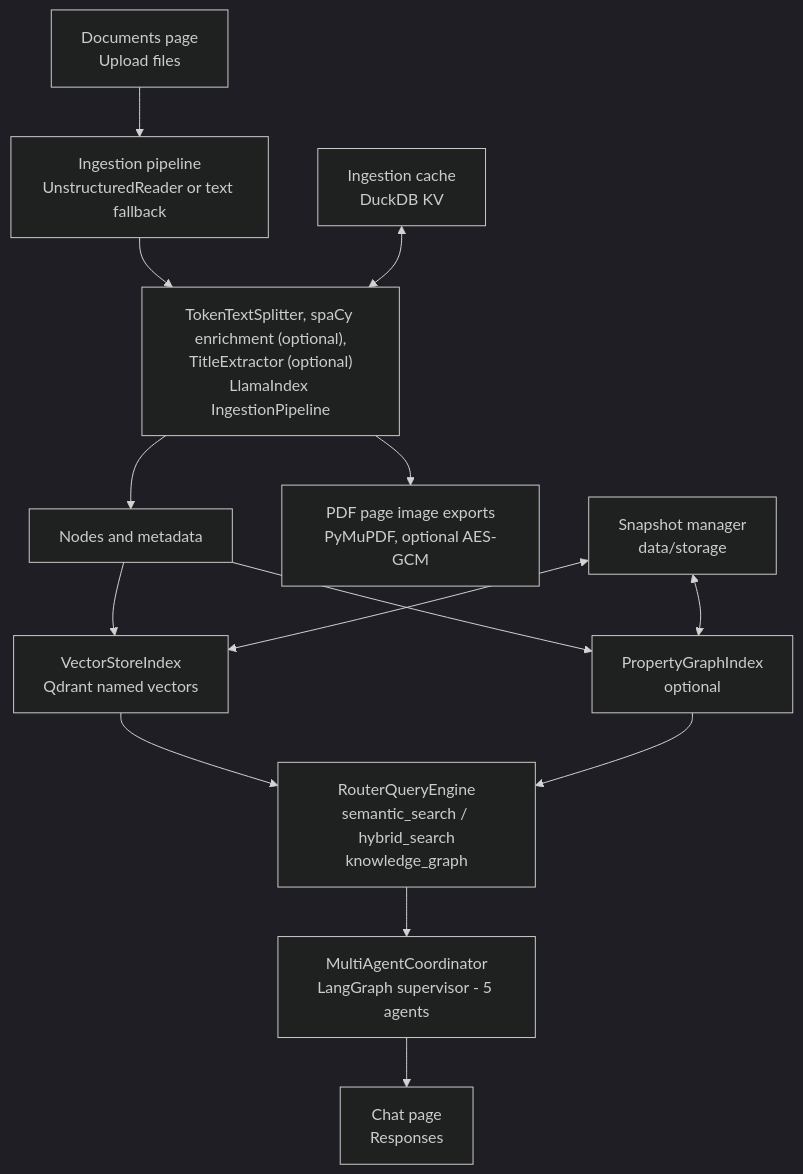
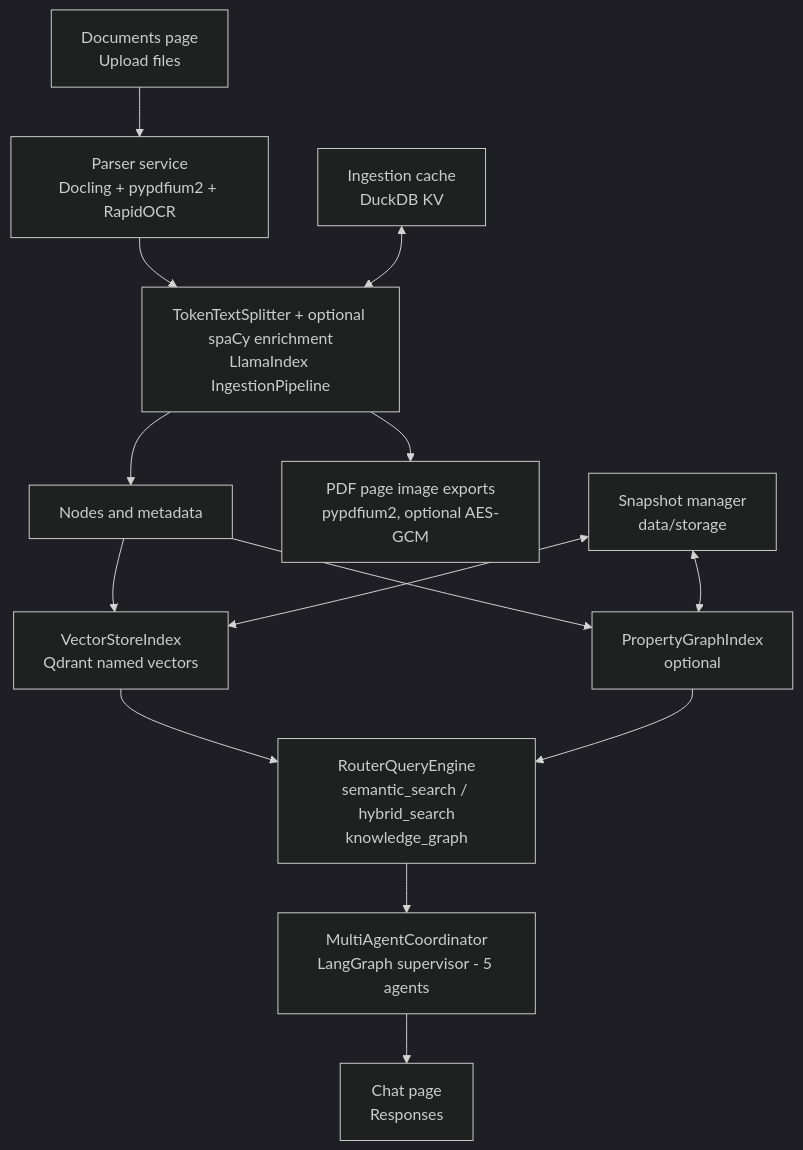
One commit to BjornMelin/docmind-ai-llm changed the diagram in README.md. Above: the diagram before and after it, drawn with Mermaid (dark theme). The commit also changed other lines of this file and 284 other files, not shown here.

````diff
--- a/README.md
+++ b/README.md
@@ -460,17 +530,17 @@
 ```mermaid
 flowchart TD
-    A["Documents page<br/>Upload files"] --> B["Ingestion pipeline<br/>UnstructuredReader or text fallback"]
-    B --> C["TokenTextSplitter, spaCy enrichment (optional),<br/>TitleExtractor (optional)<br/>LlamaIndex IngestionPipeline"]
+    A["Documents page<br/>Upload files"] --> B["Parser service<br/>Docling + pypdfium2 + RapidOCR"]
+    B --> C["TokenTextSplitter + optional spaCy enrichment<br/>LlamaIndex IngestionPipeline"]
     C --> D["Nodes and metadata"]
     D --> E["VectorStoreIndex<br/>Qdrant named vectors"]
-    C --> F["PDF page image exports<br/>PyMuPDF, optional AES-GCM"]
+    C --> F["PDF page image exports<br/>pypdfium2, optional AES-GCM"]
     D --> G["PropertyGraphIndex<br/>optional"]
     E --> H["RouterQueryEngine<br/>semantic_search / hybrid_search<br/>knowledge_graph"]
     G --> H
     H --> I["MultiAgentCoordinator<br/>LangGraph supervisor - 5 agents"]
     I --> J["Chat page<br/>Responses"]
 
     K["Snapshot manager<br/>data/storage"] <--> E
     K <--> G
     L["Ingestion cache<br/>DuckDB KV"] <--> C
 ```
````
